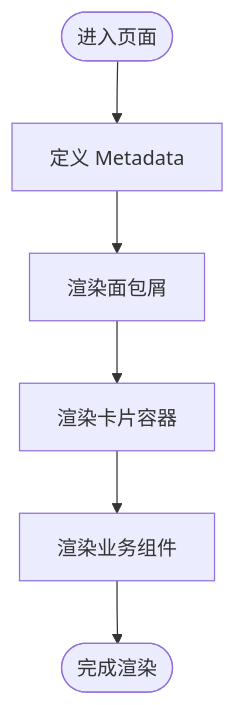
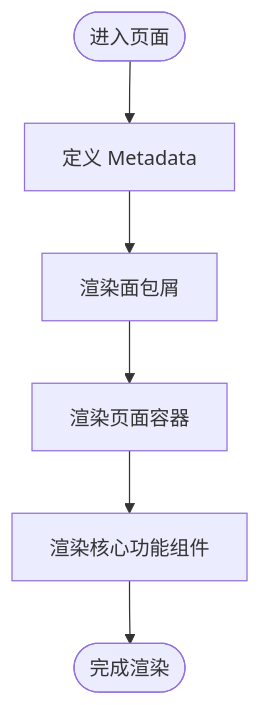
One commit to HAOFUYANG/nextjs-admin changed the fifth of 7 diagrams in .qoder/repowiki/zh/content/页面路由系统/页面路由系统.md. Above: the diagram before and after it, drawn with Mermaid. The commit also changed other lines of this file and 36 other files, not shown here.

````diff
--- a/.qoder/repowiki/zh/content/页面路由系统/页面路由系统.md
+++ b/.qoder/repowiki/zh/content/页面路由系统/页面路由系统.md
@@ -205,8 +194,8 @@
 ```mermaid
 flowchart TD
 Start(["进入页面"]) --> Meta["定义 Metadata"]
 Meta --> Breadcrumb["渲染面包屑"]
-Breadcrumb --> Card["渲染卡片容器"]
-Card --> BusinessComp["渲染业务组件"]
-BusinessComp --> End(["完成渲染"])
+Breadcrumb --> Container["渲染页面容器"]
+Container --> Feature["渲染核心功能组件"]
+Feature --> End(["完成渲染"])
 ```
````
